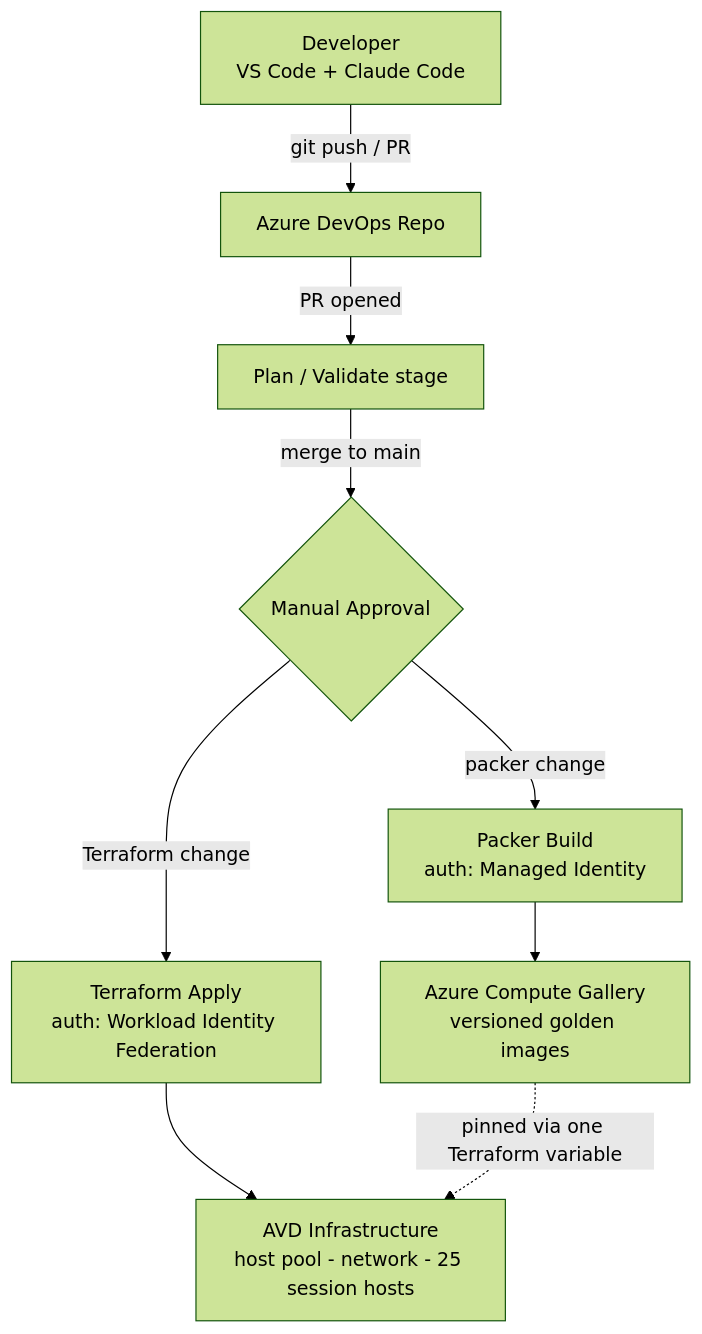
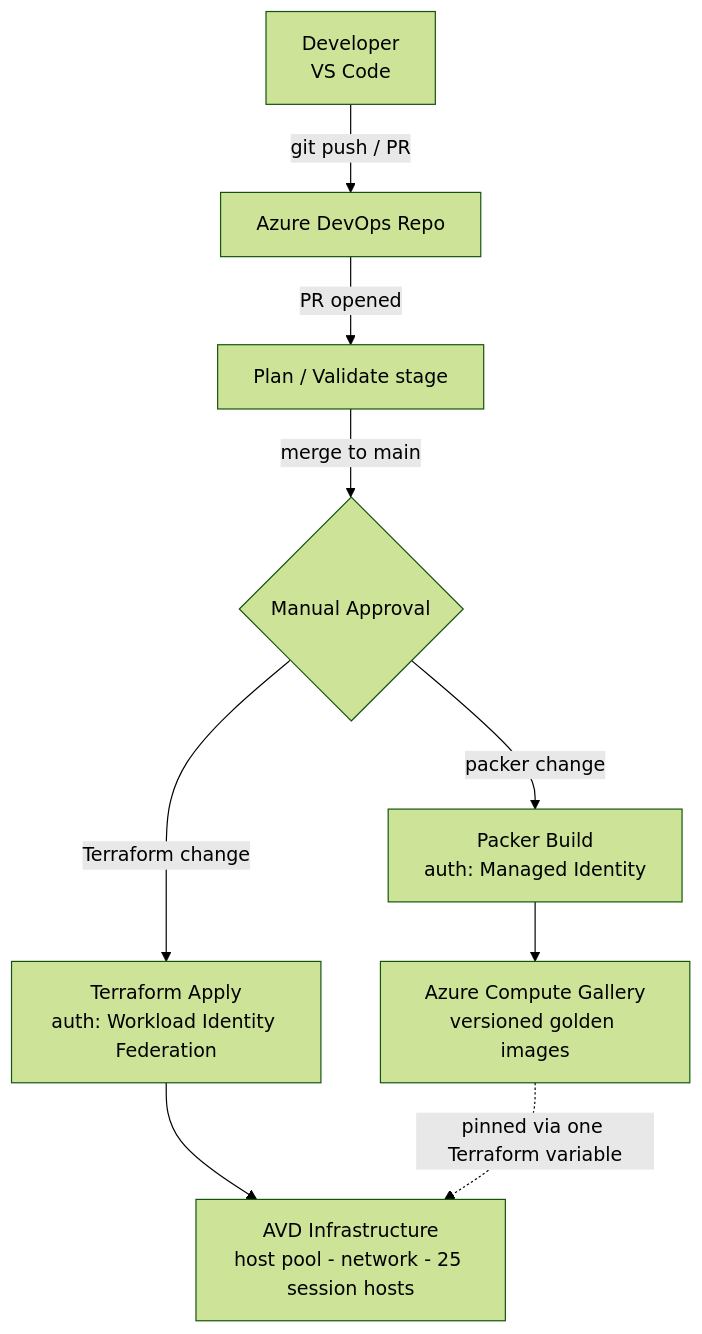
The diagram in README.md (Prakhar0517/avd-lab-azure), drawn with Mermaid (forest theme) before and after one commit. The commit also changed other lines of this file, not shown here.

````diff
--- a/README.md
+++ b/README.md
@@ -56,11 +56,11 @@
 ```mermaid
 flowchart TD
-    Dev["Developer<br/>VS Code + Claude Code"] -->|git push / PR| Repo["Azure DevOps Repo"]
+    Dev["Developer<br/>VS Code"] -->|git push / PR| Repo["Azure DevOps Repo"]
     Repo -->|PR opened| Validate["Plan / Validate stage"]
     Validate -->|merge to main| Approval{"Manual Approval"}
     Approval -->|Terraform change| TFApply["Terraform Apply<br/>auth: Workload Identity Federation"]
     Approval -->|packer change| ImgBuild["Packer Build<br/>auth: Managed Identity"]
     TFApply --> AVD["AVD Infrastructure<br/>host pool - network - 25 session hosts"]
     ImgBuild --> Gallery["Azure Compute Gallery<br/>versioned golden images"]
     Gallery -.pinned via one Terraform variable.-> AVD
 ```
````
